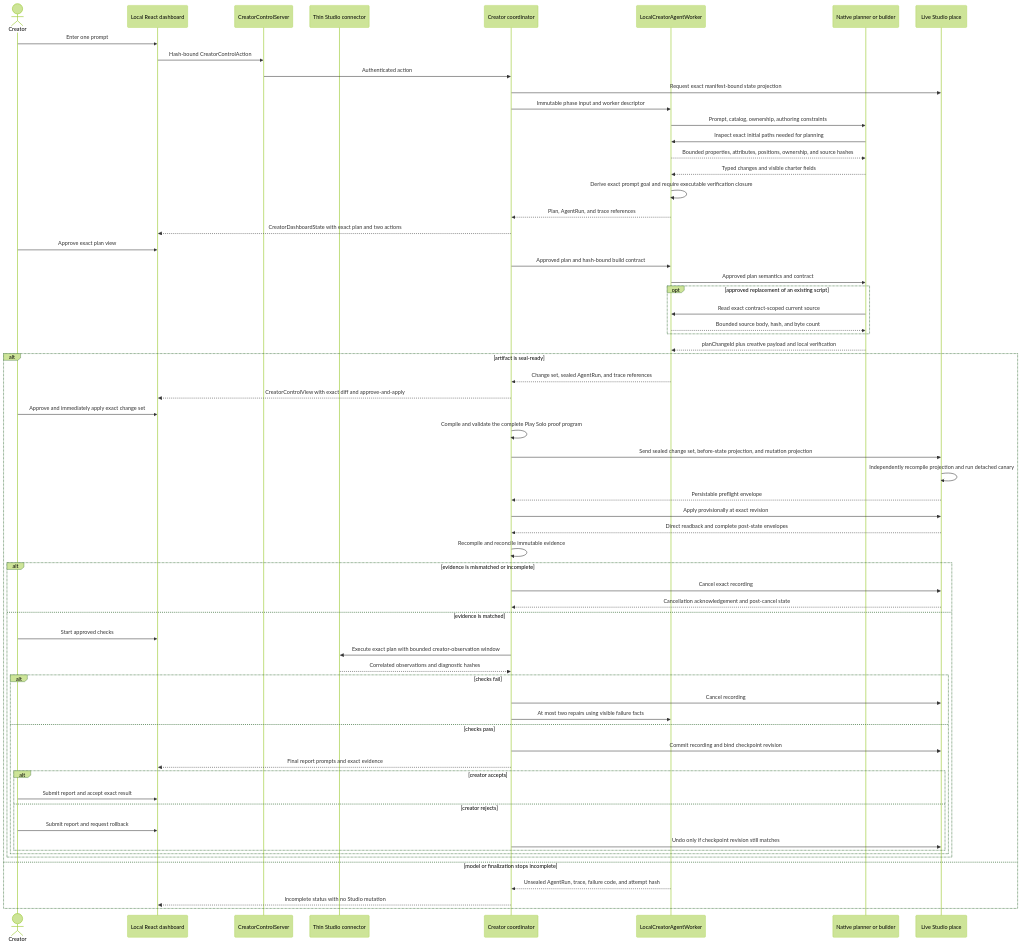
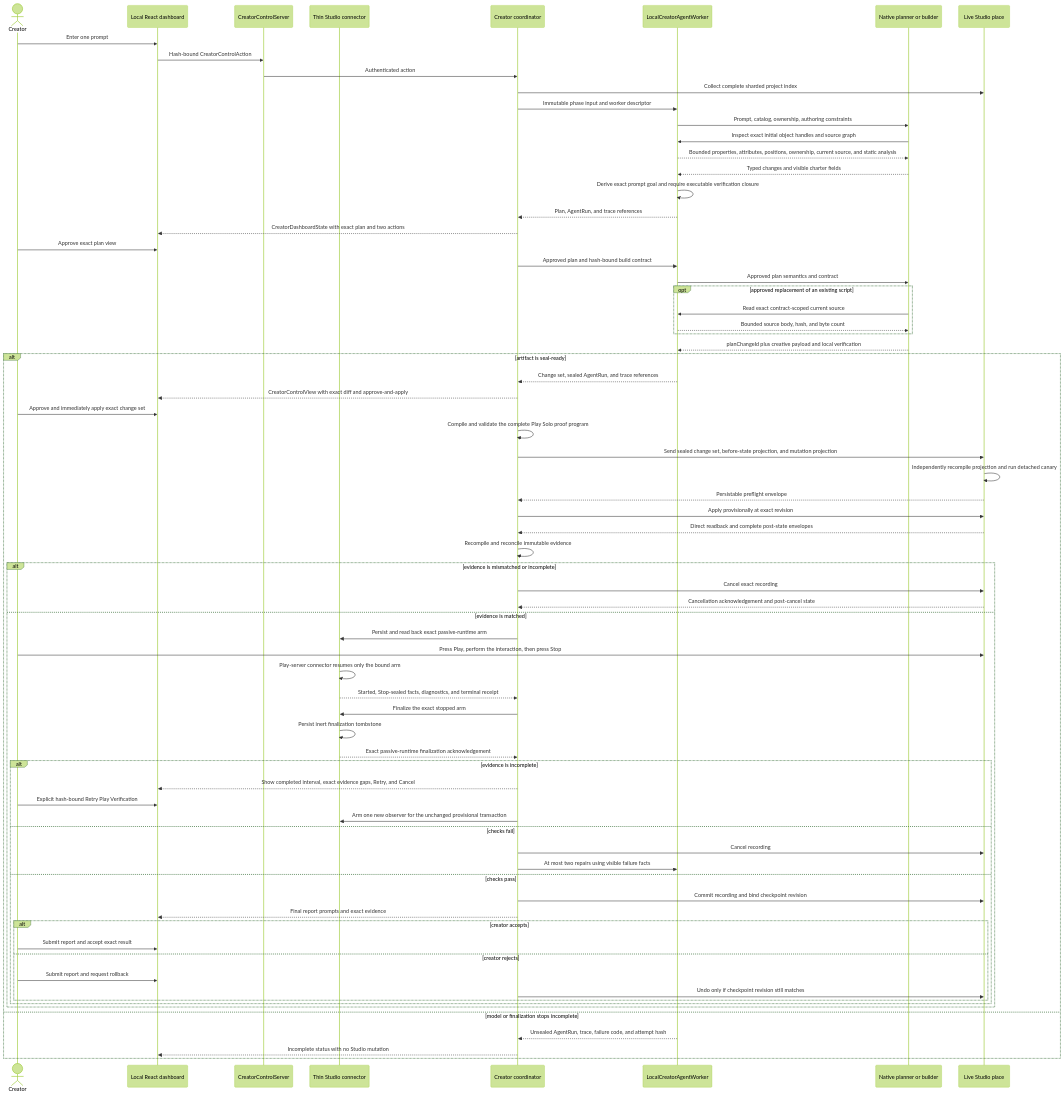
One commit to mawawdi/forge changed the second of 3 diagrams in docs/ARCHITECTURE.md. Above: the diagram before and after it, drawn with Mermaid (forest theme). The commit also changed other lines of this file and 167 other files, not shown here.

````diff
--- a/docs/ARCHITECTURE.md
+++ b/docs/ARCHITECTURE.md
@@ -87,68 +93,76 @@
 ```mermaid
 sequenceDiagram
     actor Creator
     participant Dashboard as Local React dashboard
     participant Control as CreatorControlServer
     participant Plugin as Thin Studio connector
     participant Forge as Creator coordinator
     participant Worker as LocalCreatorAgentWorker
     participant Model as Native planner or builder
     participant Studio as Live Studio place
 
     Creator->>Dashboard: Enter one prompt
     Dashboard->>Control: Hash-bound CreatorControlAction
     Control->>Forge: Authenticated action
-    Forge->>Studio: Request exact manifest-bound state projection
+    Forge->>Studio: Collect complete sharded project index
     Forge->>Worker: Immutable phase input and worker descriptor
     Worker->>Model: Prompt, catalog, ownership, authoring constraints
-    Model->>Worker: Inspect exact initial paths needed for planning
-    Worker-->>Model: Bounded properties, attributes, positions, ownership, and source hashes
+    Model->>Worker: Inspect exact initial object handles and source graph
+    Worker-->>Model: Bounded properties, attributes, positions, ownership, current source, and static analysis
     Model-->>Worker: Typed changes and visible charter fields
     Worker->>Worker: Derive exact prompt goal and require executable verification closure
     Worker-->>Forge: Plan, AgentRun, and trace references
     Forge-->>Dashboard: CreatorDashboardState with exact plan and two actions
     Creator->>Dashboard: Approve exact plan view
     Forge->>Worker: Approved plan and hash-bound build contract
     Worker->>Model: Approved plan semantics and contract
     opt approved replacement of an existing script
         Model->>Worker: Read exact contract-scoped current source
         Worker-->>Model: Bounded source body, hash, and byte count
     end
     Model-->>Worker: planChangeId plus creative payload and local verification
     alt artifact is seal-ready
         Worker-->>Forge: Change set, sealed AgentRun, and trace references
         Forge-->>Dashboard: CreatorControlView with exact diff and approve-and-apply
         Creator->>Dashboard: Approve and immediately apply exact change set
         Forge->>Forge: Compile and validate the complete Play Solo proof program
         Forge->>Studio: Send sealed change set, before-state projection, and mutation projection
         Studio->>Studio: Independently recompile projection and run detached canary
         Studio-->>Forge: Persistable preflight envelope
         Forge->>Studio: Apply provisionally at exact revision
         Studio-->>Forge: Direct readback and complete post-state envelopes
         Forge->>Forge: Recompile and reconcile immutable evidence
         alt evidence is mismatched or incomplete
             Forge->>Studio: Cancel exact recording
             Studio-->>Forge: Cancellation acknowledgement and post-cancel state
         else evidence is matched
-        Creator->>Dashboard: Start approved checks
-        Forge->>Plugin: Execute exact plan with bounded creator-observation window
-        Plugin-->>Forge: Correlated observations and diagnostic hashes
-        alt checks fail
+        Forge->>Plugin: Persist and read back exact passive-runtime arm
+        Creator->>Studio: Press Play, perform the interaction, then press Stop
+        Plugin->>Plugin: Play-server connector resumes only the bound arm
+        Plugin-->>Forge: Started, Stop-sealed facts, diagnostics, and terminal receipt
+        Forge->>Plugin: Finalize the exact stopped arm
+        Plugin->>Plugin: Persist inert finalization tombstone
+        Plugin-->>Forge: Exact passive-runtime finalization acknowledgement
+        alt evidence is incomplete
+            Forge-->>Dashboard: Show completed interval, exact evidence gaps, Retry, and Cancel
+            Creator->>Dashboard: Explicit hash-bound Retry Play Verification
+            Forge->>Plugin: Arm one new observer for the unchanged provisional transaction
+        else checks fail
             Forge->>Studio: Cancel recording
             Forge->>Worker: At most two repairs using visible failure facts
         else checks pass
             Forge->>Studio: Commit recording and bind checkpoint revision
             Forge-->>Dashboard: Final report prompts and exact evidence
             alt creator accepts
                 Creator->>Dashboard: Submit report and accept exact result
             else creator rejects
                 Creator->>Dashboard: Submit report and request rollback
             Forge->>Studio: Undo only if checkpoint revision still matches
             end
         end
         end
     else model or finalization stops incomplete
         Worker-->>Forge: Unsealed AgentRun, trace, failure code, and attempt hash
         Forge-->>Dashboard: Incomplete status with no Studio mutation
     end
 ```
````
